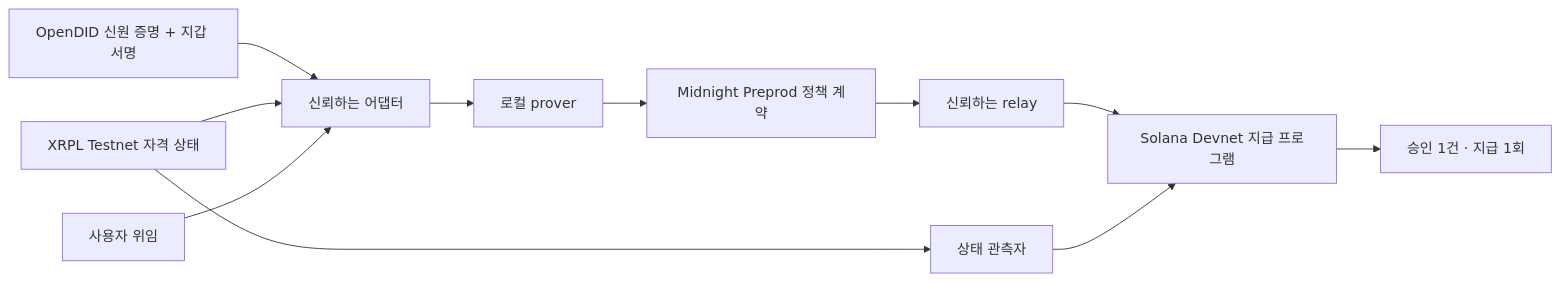
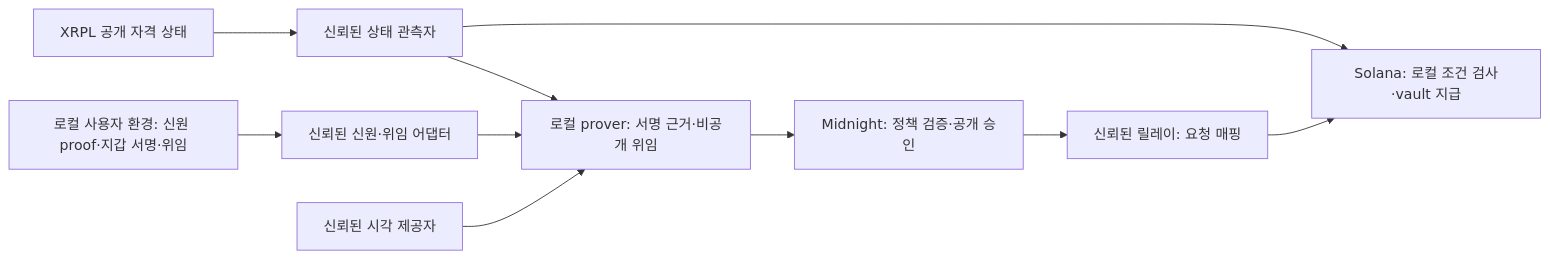
The diagram in README.md (tnwjd023-boop/Proof-Pass), drawn with Mermaid before and after one commit. The commit also changed other lines of this file and 15 other files, not shown here.

````diff
--- a/README.md
+++ b/README.md
@@ -83,13 +37,12 @@
 ```mermaid
 flowchart LR
-    ID[OpenDID 신원 증명 + 지갑 서명] --> A[신뢰하는 어댑터]
-    X[XRPL Testnet 자격 상태] --> A
-    M[사용자 위임] --> A
-    A --> P[로컬 prover]
-    P --> N[Midnight Preprod 정책 계약]
-    N --> R[신뢰하는 relay]
-    R --> S[Solana Devnet 지급 프로그램]
-    X --> O[상태 관측자]
+    U[로컬 사용자 환경: 신원 proof·지갑 서명·위임] --> A[신뢰된 신원·위임 어댑터]
+    X[XRPL 공개 자격 상태] --> O[신뢰된 상태 관측자]
+    A --> P[로컬 prover: 서명 근거·비공개 위임]
+    O --> P
+    T[신뢰된 시각 제공자] --> P
+    P --> M[Midnight: 정책 검증·공개 승인]
+    M --> R[신뢰된 릴레이: 요청 매핑]
+    R --> S[Solana: 로컬 조건 검사·vault 지급]
     O --> S
-    S --> V[승인 1건 · 지급 1회]
 ```
````
